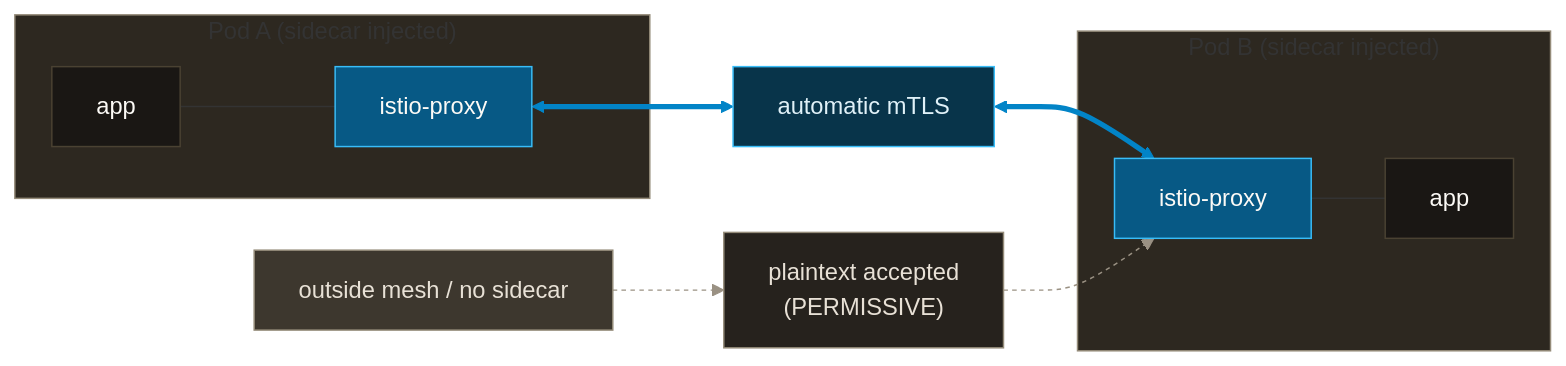
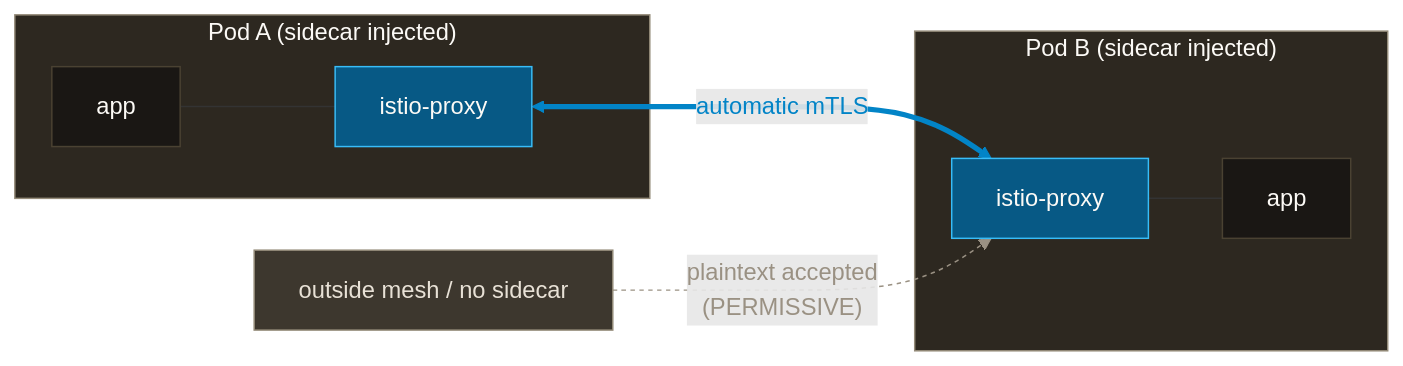
Before and after one commit to yu-min3/kensan-lab: the third of 3 diagrams in kubernetes/network/README.md, drawn with Mermaid. The commit also changed other lines of this file and 1 other file, not shown here.

Commit message:
docs: Network図の関係ラベルを矢印に戻す

````diff
--- a/kubernetes/network/README.md
+++ b/kubernetes/network/README.md
@@ -95,31 +89,25 @@
 ```mermaid
-%%{init: {"flowchart": {"htmlLabels": false}} }%%
+%%{init: {"flowchart": {"htmlLabels": true}} }%%
 flowchart LR
     subgraph P1["Pod A (sidecar injected)"]
         App1[app] --- SC1[istio-proxy]
     end
     subgraph P2["Pod B (sidecar injected)"]
         SC2[istio-proxy] --- App2[app]
     end
     Out["outside mesh / no sidecar"]
 
-    SC1 <==> MT["automatic mTLS"] <==> SC2
-    Out -.-> PT["plaintext accepted<br/>(PERMISSIVE)"] -.-> SC2
+    SC1 <==>|"automatic mTLS"| SC2
+    Out -.->|"plaintext accepted<br/>(PERMISSIVE)"| SC2
 
     style P1 fill:#2D2820,stroke:#948B79,color:#FCFAF6
     style P2 fill:#2D2820,stroke:#948B79,color:#FCFAF6
     classDef app fill:#1A1714,stroke:#4A4232,color:#FCFAF6
     classDef proxy fill:#075985,stroke:#38BDF8,color:#FCFAF6
     classDef plain fill:#3D372E,stroke:#948B79,color:#E8E1D6
-    classDef mtlsLabel fill:#08344A,stroke:#38BDF8,color:#E0F1F8
-    classDef plainLabel fill:#26221D,stroke:#948B79,color:#E8E1D6
     class App1,App2 app
     class SC1,SC2 proxy
     class Out plain
-    class MT mtlsLabel
-    class PT plainLabel
     linkStyle 2 stroke:#0284C7,color:#0284C7
-    linkStyle 3 stroke:#0284C7,color:#0284C7
-    linkStyle 4 stroke:#9A9183,stroke-dasharray:3 3,color:#9A9183
-    linkStyle 5 stroke:#9A9183,stroke-dasharray:3 3,color:#9A9183
+    linkStyle 3 stroke:#9A9183,stroke-dasharray:3 3,color:#9A9183
 ```
````
